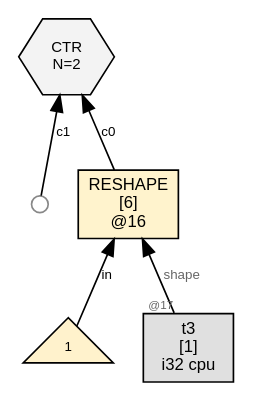
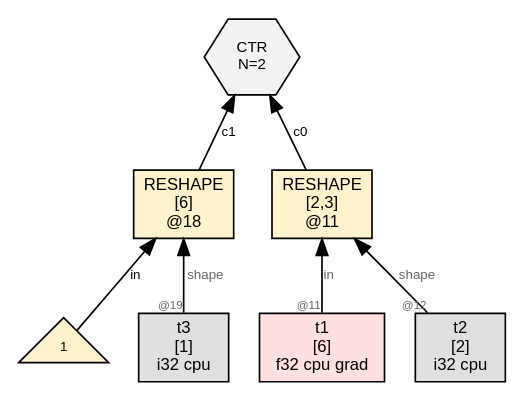
Before and after one commit to sw1sh/TinyHVM: the diagram in wl/examples/thvm_graphs/grad_rules/reshape/thvm_2_post_sweep.dot, drawn with Graphviz. The commit also changed 193 other files, not shown here.

```diff
--- a/wl/examples/thvm_graphs/grad_rules/reshape/thvm_2_post_sweep.dot
+++ b/wl/examples/thvm_graphs/grad_rules/reshape/thvm_2_post_sweep.dot
@@ -1,15 +1,19 @@
 digraph G {
   rankdir=BT;
   node [fontname="Helvetica", fontsize=10, style=filled, shape=box, margin="0.1,0.05"];
   edge [fontsize=8, fontname="Helvetica"];
 
-  n16 [label="RESHAPE\n[6]\n@16", shape=box, fillcolor="#fff3cd"];
-  num16_0 [label="1",shape=triangle,fillcolor="#fff2cc",fontsize=8];
-  num16_0 -> n16 [label="in"];
+  n11 [label="RESHAPE\n[2,3]\n@11", shape=box, fillcolor="#fff3cd"];
+  t1 [label="t1\n[6]\nf32 cpu grad",shape=box,fillcolor="#ffe0e0"];
+  t1 -> n11 [label="in",taillabel="@11",labelfontsize=7,fontcolor="#666666"];
+  t2 [label="t2\n[2]\ni32 cpu",shape=box,fillcolor="#e0e0e0"];
+  t2 -> n11 [label="shape",taillabel="@12",labelfontsize=7,fontcolor="#666666"];
+  n18 [label="RESHAPE\n[6]\n@18", shape=box, fillcolor="#fff3cd"];
+  num18_0 [label="1",shape=triangle,fillcolor="#fff2cc",fontsize=8];
+  num18_0 -> n18 [label="in"];
   t3 [label="t3\n[1]\ni32 cpu",shape=box,fillcolor="#e0e0e0"];
-  t3 -> n16 [label="shape",taillabel="@17",labelfontsize=7,fontcolor="#666666"];
-  ctr7 [label="CTR\nN=2", shape=hexagon, fillcolor="#f3f3f3", fontsize=9];
-  n16 -> ctr7 [label="c0"];
-  free7_1 [label="",shape=circle,width=0.14,height=0.14,fixedsize=true,fillcolor="#ffffff",color="#888888",fontsize=1];
-  free7_1 -> ctr7 [label="c1"];
+  t3 -> n18 [label="shape",taillabel="@19",labelfontsize=7,fontcolor="#666666"];
+  ctr8 [label="CTR\nN=2", shape=hexagon, fillcolor="#f3f3f3", fontsize=9];
+  n11 -> ctr8 [label="c0"];
+  n18 -> ctr8 [label="c1"];
 }
```
